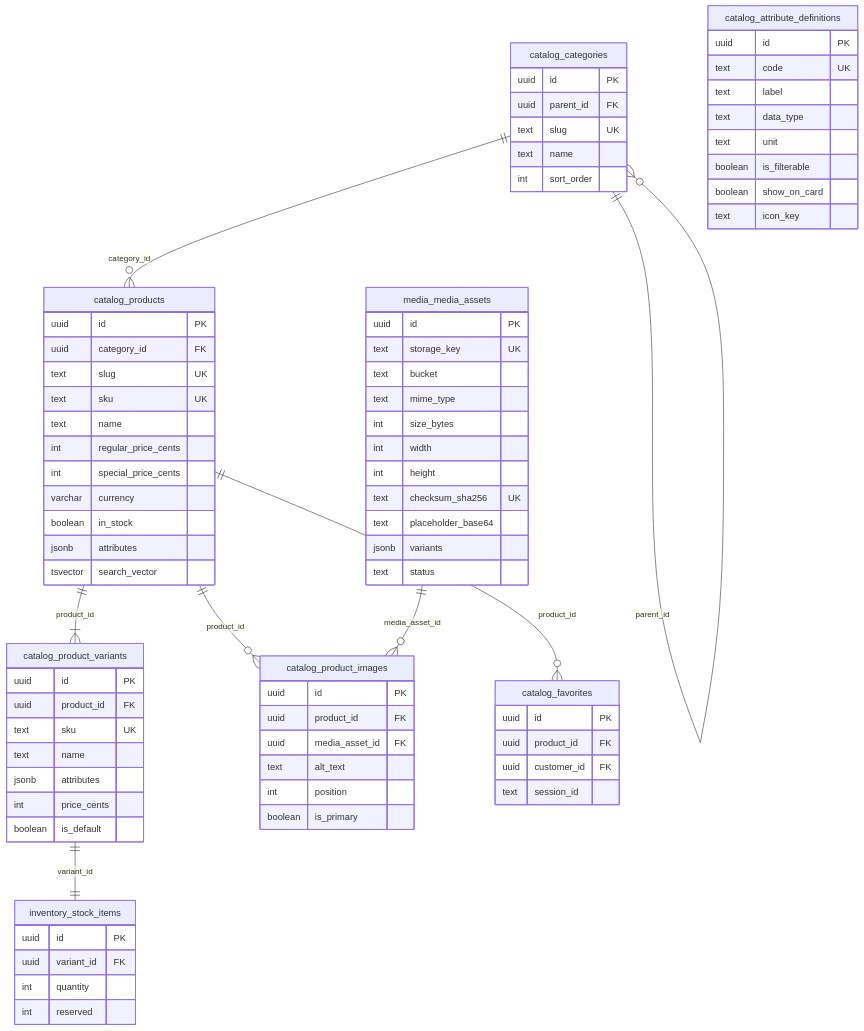
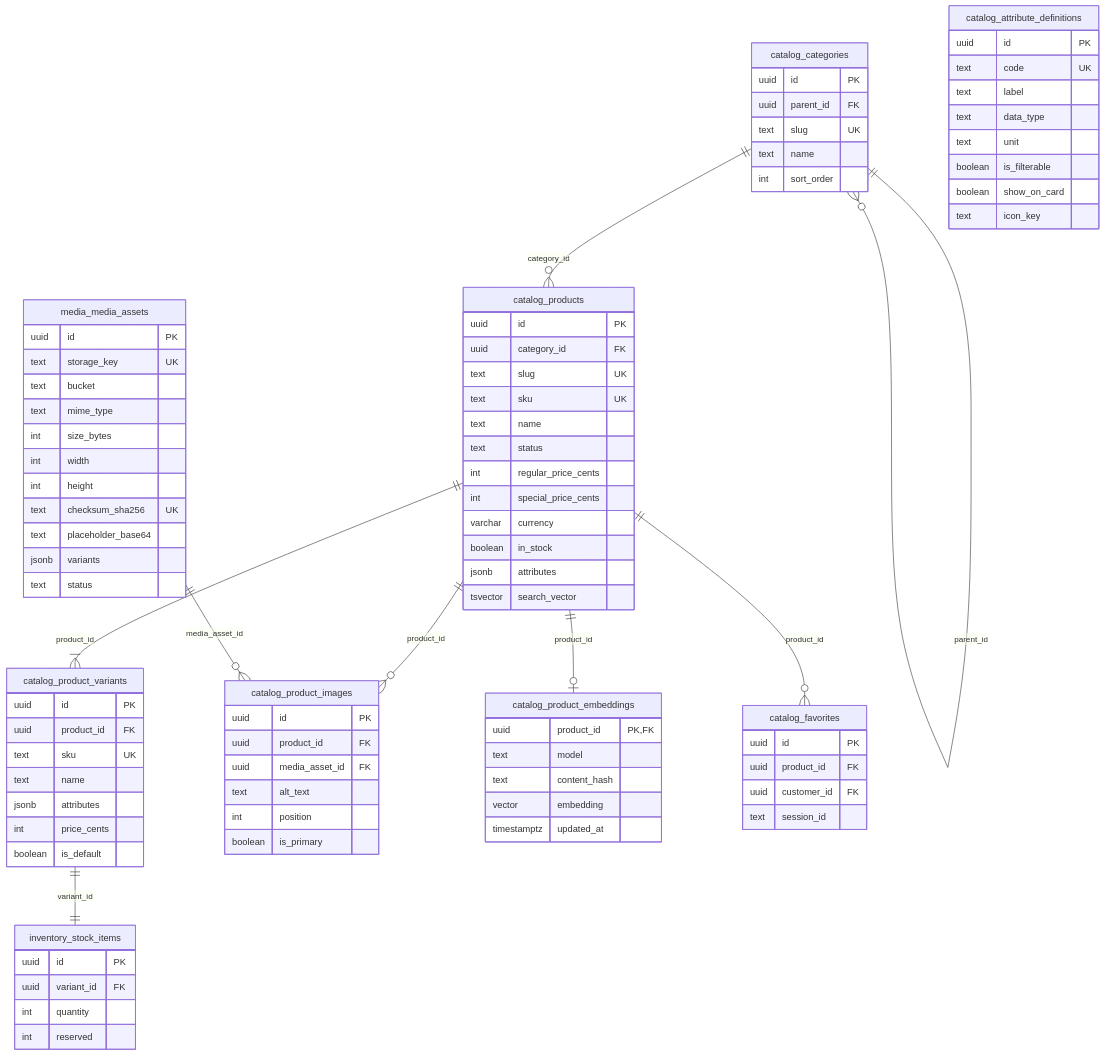
Before and after one commit to Luiquecruz/minie-shop: the first of 3 diagrams in docs/db-model.md, drawn with Mermaid. The commit also changed other lines of this file and 23 other files, not shown here.

```diff
--- a/docs/db-model.md
+++ b/docs/db-model.md
@@ -37,6 +37,7 @@
     text slug UK
     text sku UK
     text name
+    text status
     int regular_price_cents
     int special_price_cents
     varchar currency
@@ -75,6 +76,14 @@
     boolean is_primary
   }
 
+  catalog_product_embeddings {
+    uuid product_id PK, FK
+    text model
+    text content_hash
+    vector embedding
+    timestamptz updated_at
+  }
+
   catalog_favorites {
     uuid id PK
     uuid product_id FK
@@ -107,6 +116,7 @@
   catalog_categories ||--o{ catalog_products : category_id
   catalog_products ||--|{ catalog_product_variants : product_id
   catalog_products ||--o{ catalog_product_images : product_id
+  catalog_products ||--o| catalog_product_embeddings : product_id
   media_media_assets ||--o{ catalog_product_images : media_asset_id
   catalog_products ||--o{ catalog_favorites : product_id
   catalog_product_variants ||--|| inventory_stock_items : variant_id
```
